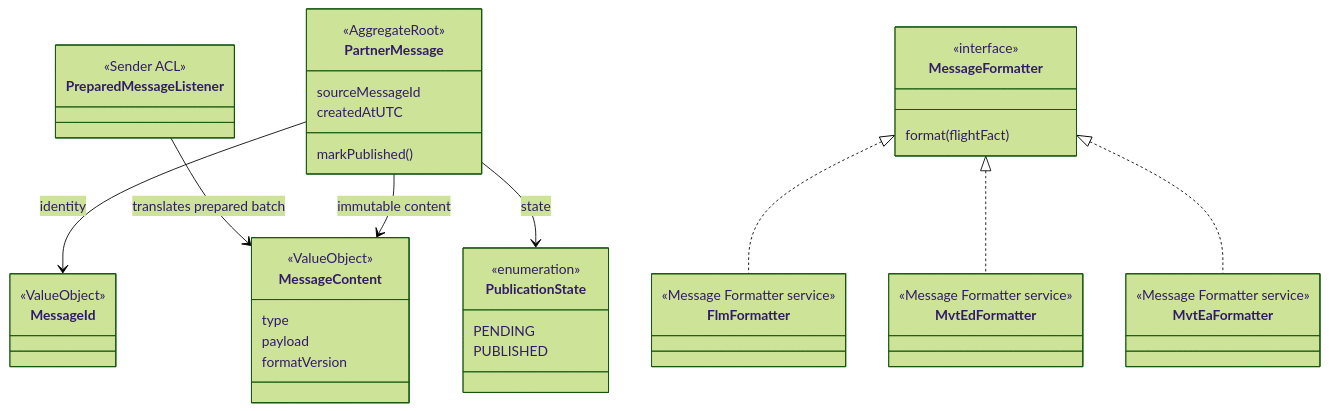
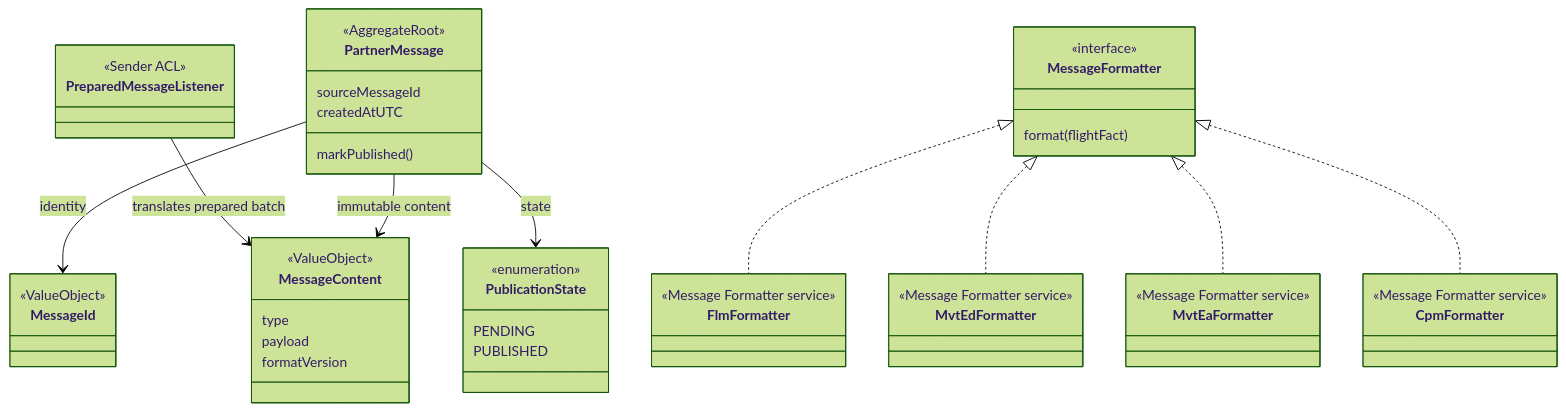
Before and after one commit to ebhd/air-freight-operations: the eighth of 9 diagrams in architecture/analyse.md, drawn with Mermaid (forest theme). The commit also changed other lines of this file and 2 other files, not shown here.

Commit message:
Document load checks, finalizing and the CPM flow (#26, #27, #32)

````diff
--- a/architecture/analyse.md
+++ b/architecture/analyse.md
@@ -450,46 +501,50 @@
 ```mermaid
 classDiagram
     class PartnerMessage {
         <<AggregateRoot>>
         markPublished()
     }
     class MessageId {
         <<ValueObject>>
     }
     class MessageContent {
         <<ValueObject>>
         type
         payload
         formatVersion
     }
     class PublicationState {
         <<enumeration>>
         PENDING
         PUBLISHED
     }
     class MessageFormatter {
         <<interface>>
         format(flightFact)
     }
     class FlmFormatter {
         <<Message Formatter service>>
     }
     class MvtEdFormatter {
         <<Message Formatter service>>
     }
     class MvtEaFormatter {
         <<Message Formatter service>>
     }
+    class CpmFormatter {
+        <<Message Formatter service>>
+    }
     class PreparedMessageListener {
         <<Sender ACL>>
     }
     PreparedMessageListener --> MessageContent : translates prepared batch
     PartnerMessage --> MessageId : identity
     PartnerMessage --> MessageContent : immutable content
     PartnerMessage --> PublicationState : state
     PartnerMessage : sourceMessageId
     PartnerMessage : createdAtUTC
     MessageFormatter <|.. FlmFormatter
     MessageFormatter <|.. MvtEdFormatter
     MessageFormatter <|.. MvtEaFormatter
+    MessageFormatter <|.. CpmFormatter
 ```
````
